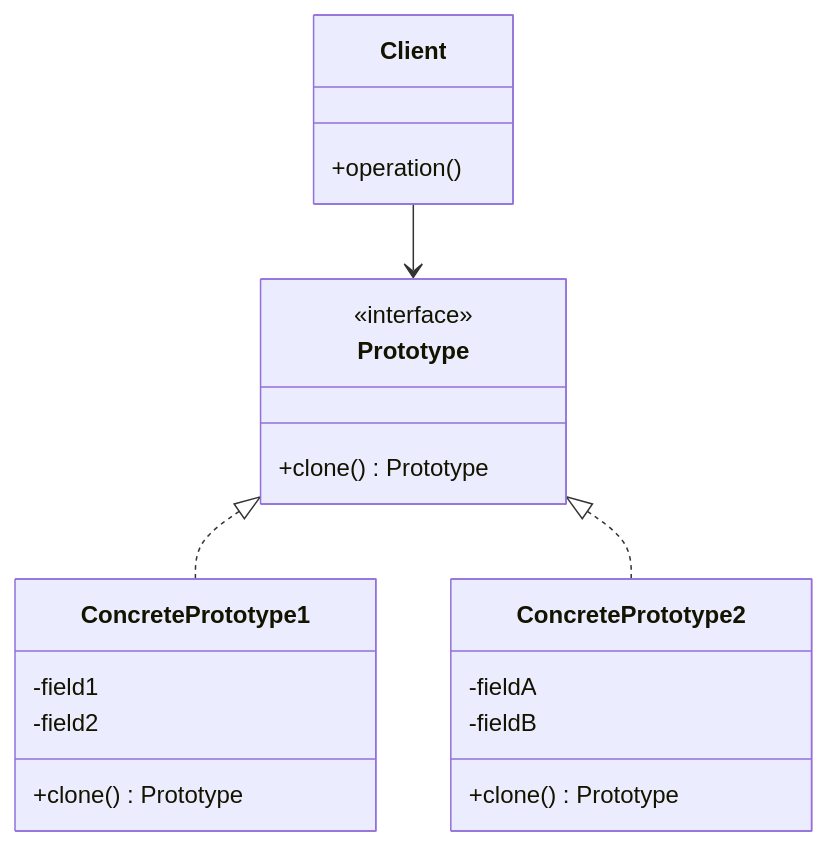
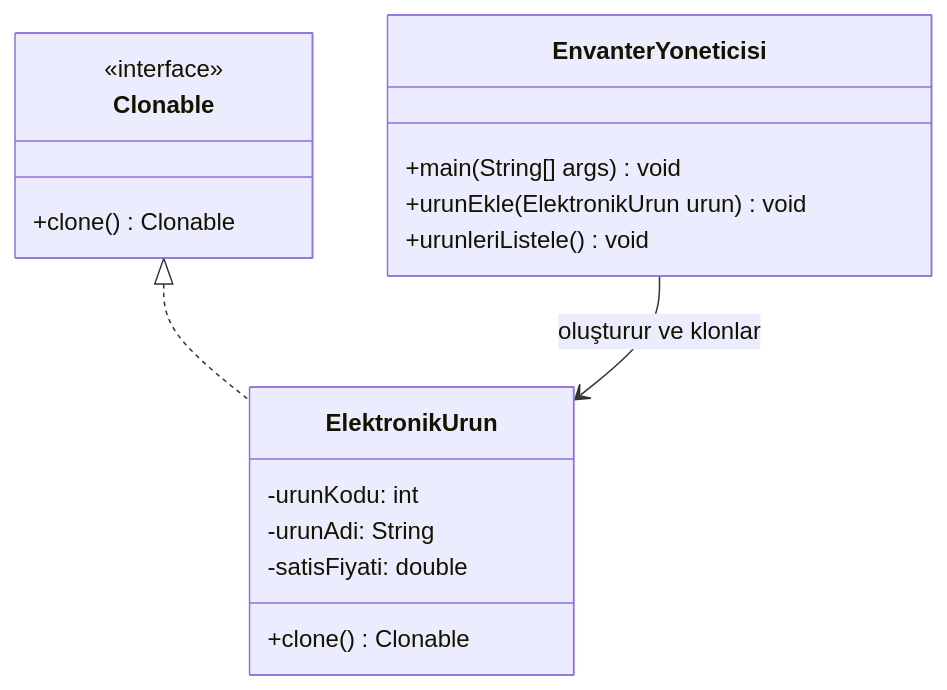
One commit to mcay51/tasarim_desenleri changed the diagram in tr/com/mcay/creational/prototype/README.md. Above: the diagram before and after it, drawn with Mermaid.

Commit message:
prototype uml diyagramı projeye uygun şekilde güncellendi

````diff
--- a/tr/com/mcay/creational/prototype/README.md
+++ b/tr/com/mcay/creational/prototype/README.md
@@ -21,27 +21,24 @@
 ```mermaid
 classDiagram
-    class Prototype {
+    class Clonable {
         <<interface>>
-        +clone() Prototype
+        +clone() Clonable
     }
     
-    class ConcretePrototype1 {
-        -field1
-        -field2
-        +clone() Prototype
+    class ElektronikUrun {
+        -urunKodu: int
+        -urunAdi: String
+        -satisFiyati: double
+        +clone() Clonable
     }
     
-    class ConcretePrototype2 {
-        -fieldA
-        -fieldB
-        +clone() Prototype
+    class EnvanterYoneticisi {
+        +main(String[] args) void
+        +urunEkle(ElektronikUrun urun) void
+        +urunleriListele() void
     }
     
-    class Client {
-        +operation()
-    }
-    
-    Prototype <|.. ConcretePrototype1
-    Prototype <|.. ConcretePrototype2
-    Client --> Prototype
+    Clonable <|.. ElektronikUrun
+    EnvanterYoneticisi --> ElektronikUrun : oluşturur ve klonlar
+
 ```
````
